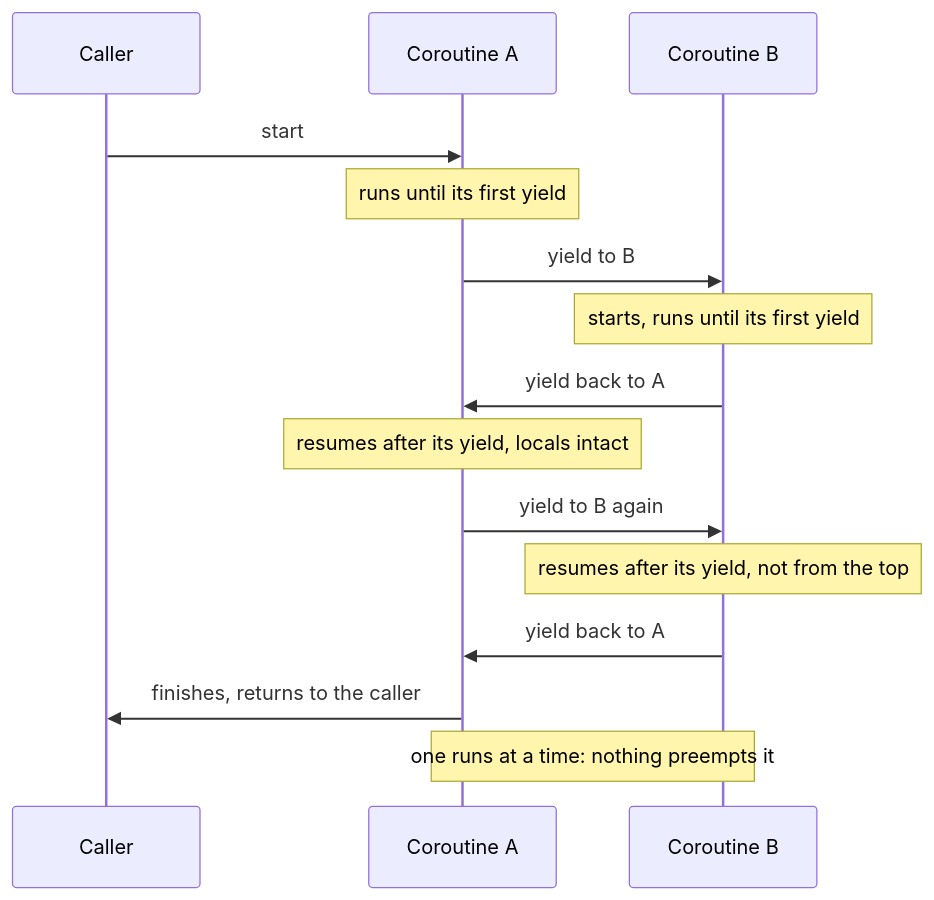
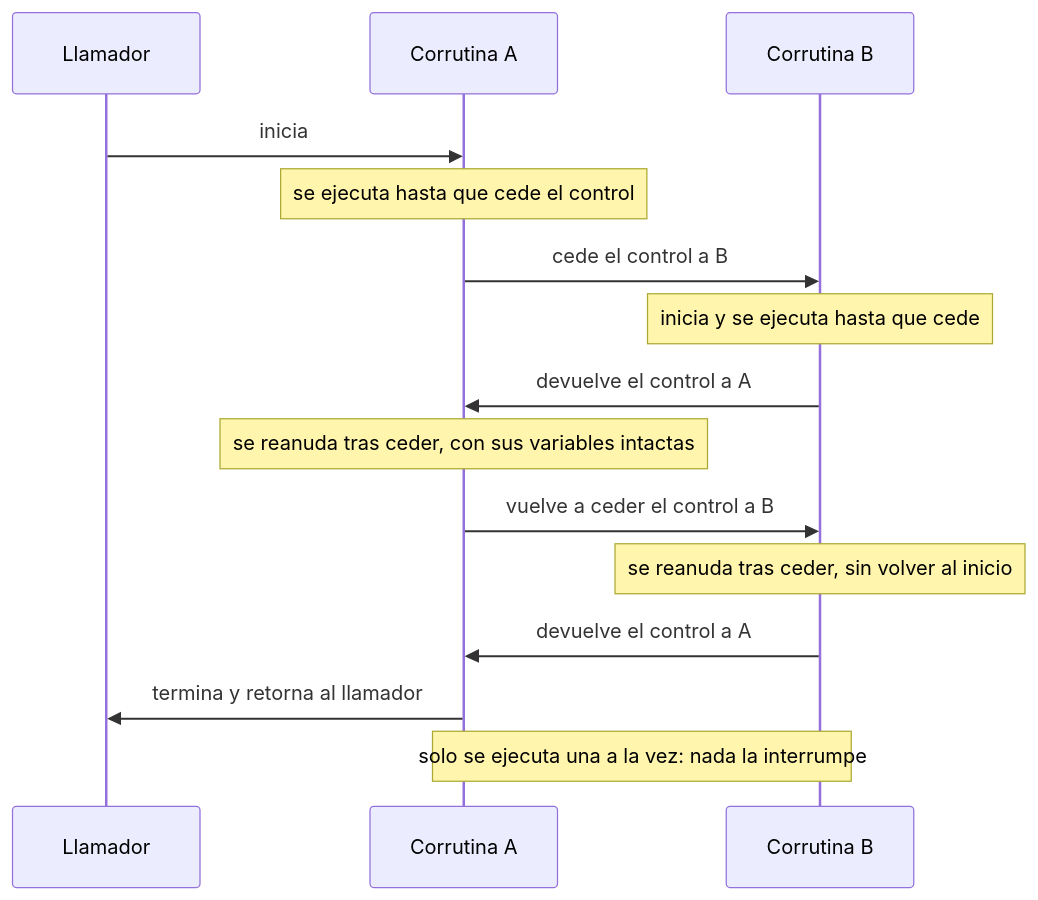
The diagram in lessons/cs-source/concepts/coroutine.md (dullroar/aprende-a-programar-como-un-bicho-raro), drawn with Mermaid before and after one commit. The commit also changed other lines of this file and 43 other files, not shown here.

````diff
--- a/lessons/cs-source/concepts/coroutine.md
+++ b/lessons/cs-source/concepts/coroutine.md
@@ -8,19 +8,19 @@
 ```mermaid
 sequenceDiagram
-    accTitle: Coroutines suspend and resume cooperatively, keeping their own local state between yields
-    accDescr: A sequence diagram with a caller and two coroutines, A and B. The caller starts A. A runs and yields to B. B runs and yields back to A. A resumes just after its yield, with its local variables intact, runs more, and yields to B again. B resumes just after its own yield. B yields back to A, A finishes and returns to the caller. Only one routine runs at a time, and control moves only when a routine yields.
-    participant C as Caller
-    participant A as Coroutine A
-    participant B as Coroutine B
-    C->>A: start
-    Note over A: runs until its first yield
-    A->>B: yield to B
-    Note over B: starts, runs until its first yield
-    B->>A: yield back to A
-    Note over A: resumes after its yield, locals intact
-    A->>B: yield to B again
-    Note over B: resumes after its yield, not from the top
-    B->>A: yield back to A
-    A->>C: finishes, returns to the caller
-    Note over A,B: one runs at a time: nothing preempts it
+    accTitle: Las corrutinas se suspenden y se reanudan de forma cooperativa. Conservan su estado local entre cesiones de control
+    accDescr: Un diagrama de secuencia con un llamador y dos corrutinas, A y B. El llamador inicia A. A se ejecuta y cede el control a B. B se ejecuta y devuelve el control a A. A se reanuda justo después de ceder, con sus variables locales intactas. Sigue ejecutándose y vuelve a ceder el control a B. B se reanuda justo después de su propia cesión. B devuelve el control a A. A termina y retorna al llamador. Solo se ejecuta una rutina a la vez y el control cambia solo cuando una rutina lo cede.
+    participant C as Llamador
+    participant A as Corrutina A
+    participant B as Corrutina B
+    C->>A: inicia
+    Note over A: se ejecuta hasta que cede el control
+    A->>B: cede el control a B
+    Note over B: inicia y se ejecuta hasta que cede
+    B->>A: devuelve el control a A
+    Note over A: se reanuda tras ceder, con sus variables intactas
+    A->>B: vuelve a ceder el control a B
+    Note over B: se reanuda tras ceder, sin volver al inicio
+    B->>A: devuelve el control a A
+    A->>C: termina y retorna al llamador
+    Note over A,B: solo se ejecuta una a la vez: nada la interrumpe
 ```
````
